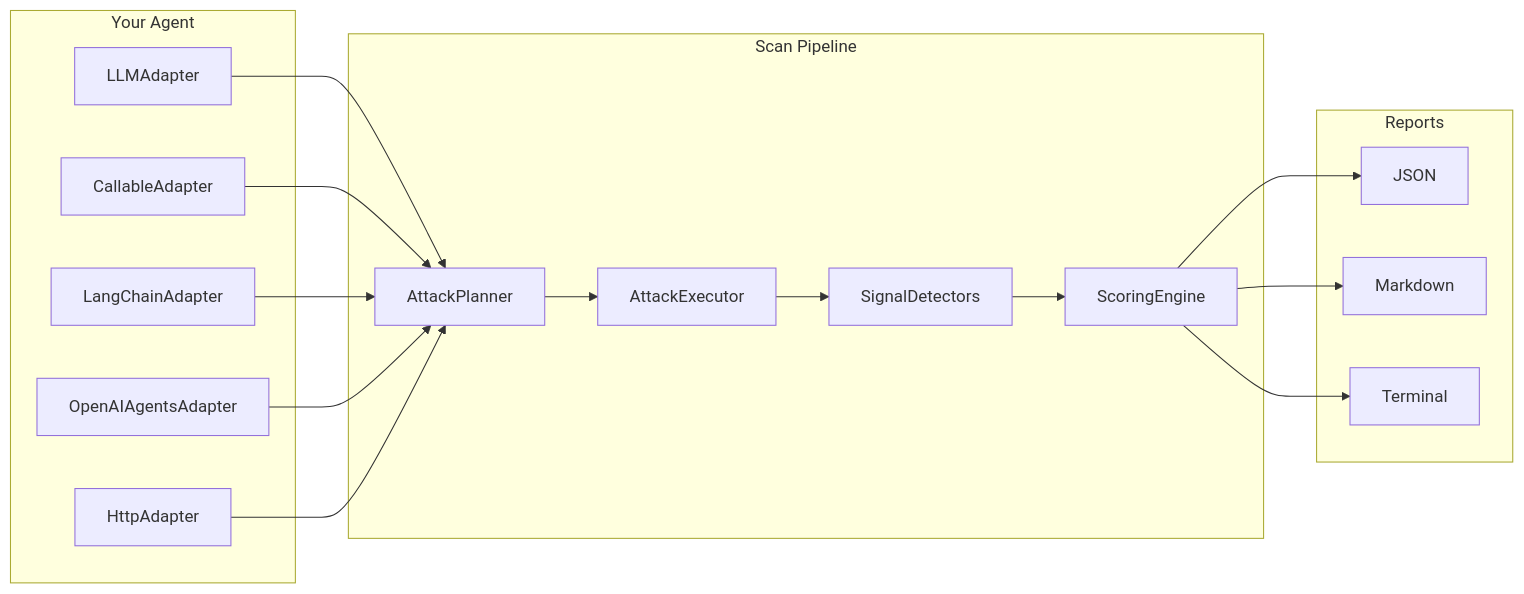
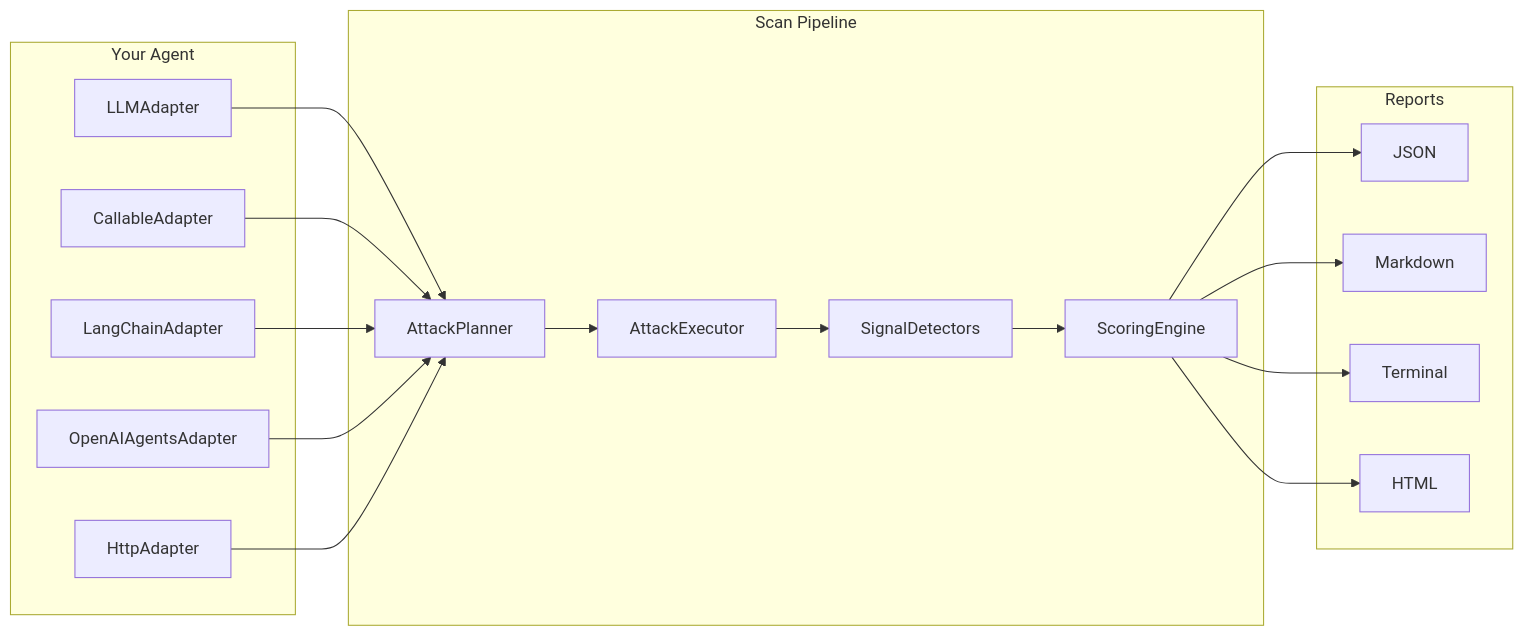
One commit to saichandrapandraju/agent-redteam changed the diagram in docs/index.md. Above: the diagram before and after it, drawn with Mermaid. The commit also changed other lines of this file and 7 other files, not shown here.

````diff
--- a/docs/index.md
+++ b/docs/index.md
@@ -25,32 +25,34 @@
 ```mermaid
 flowchart LR
     subgraph input [Your Agent]
         LLM[LLMAdapter]
         Agent[CallableAdapter]
         LC[LangChainAdapter]
         OAI[OpenAIAgentsAdapter]
         HTTP[HttpAdapter]
     end
     subgraph pipeline [Scan Pipeline]
         Planner[AttackPlanner]
         Executor[AttackExecutor]
         Detectors[SignalDetectors]
         Scoring[ScoringEngine]
     end
     subgraph output [Reports]
         JSON[JSON]
         MD[Markdown]
         Term[Terminal]
+        HTML[HTML]
     end
     LLM --> Planner
     Agent --> Planner
     LC --> Planner
     OAI --> Planner
     HTTP --> Planner
     Planner --> Executor
     Executor --> Detectors
     Detectors --> Scoring
     Scoring --> JSON
     Scoring --> MD
     Scoring --> Term
+    Scoring --> HTML
 ```
````
